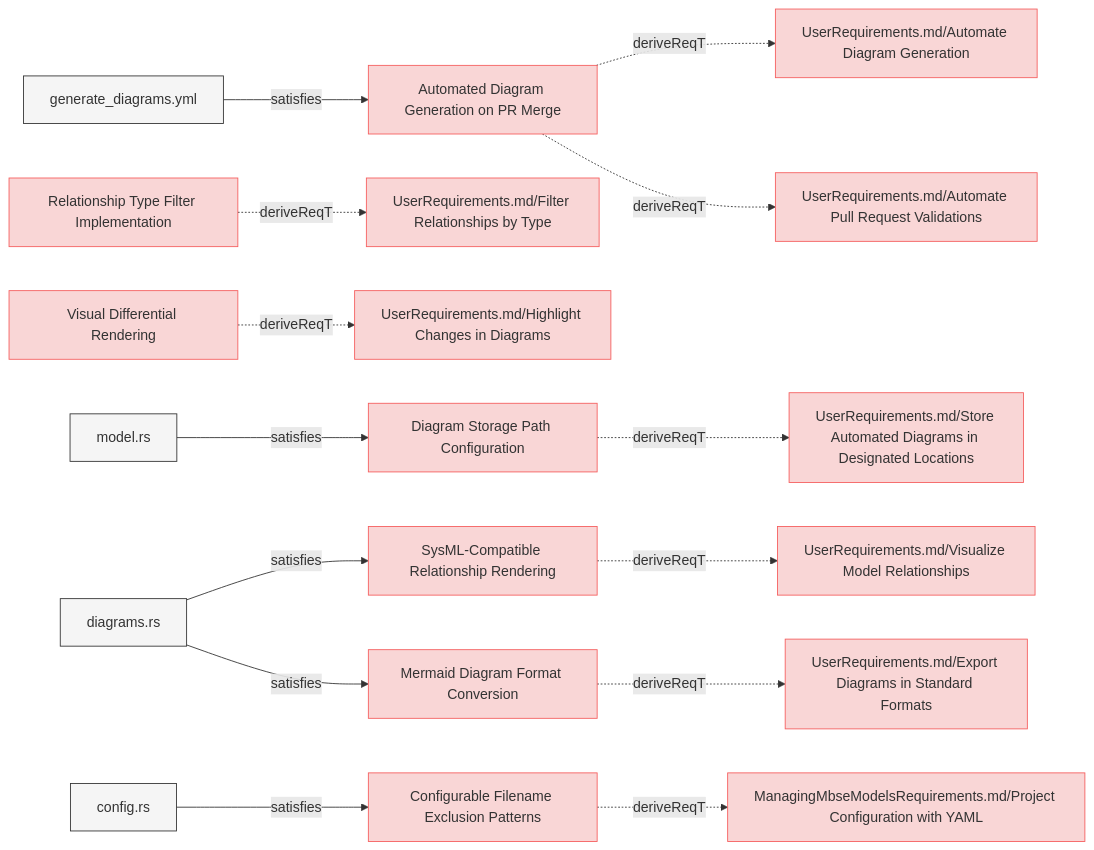
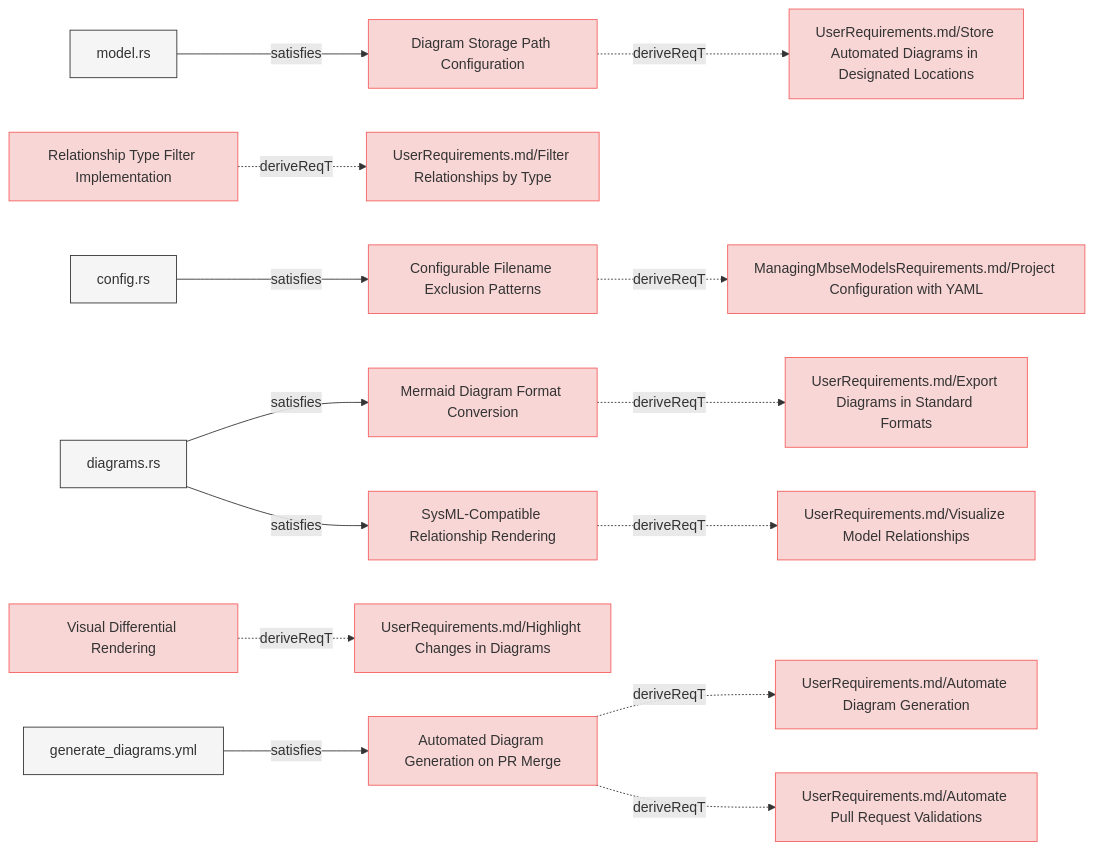
Before and after one commit to reqvire-org/reqvire: the fifth of 8 diagrams in specifications/SystemRequirements/Requirements.md, drawn with Mermaid. The commit also changed other lines of this file and 160 other files, not shown here.

````diff
--- a/specifications/SystemRequirements/Requirements.md
+++ b/specifications/SystemRequirements/Requirements.md
@@ -507,79 +507,79 @@
 ```mermaid
 graph LR;
   %% Graph styling
   classDef requirement fill:#f9d6d6,stroke:#f55f5f,stroke-width:1px;
   classDef verification fill:#d6f9d6,stroke:#5fd75f,stroke-width:1px;
   classDef externalLink fill:#d0e0ff,stroke:#3080ff,stroke-width:1px;
   classDef default fill:#f5f5f5,stroke:#333333,stroke-width:1px;
 
-  4b9934c3f9197112["Automated Diagram Generation on PR Merge"];
-  click 4b9934c3f9197112 "https://github.com/ilijaljubicic/ReqFlow/blob/73d5ae1d93adea71fdf4cc508be4d1ae09be068f/specifications/SystemRequirements/Requirements.md#automated-diagram-generation-on-pr-merge";
-  class 4b9934c3f9197112 requirement;
-  64be2a98bd80a653["UserRequirements.md/Automate Diagram Generation"];
-  class 64be2a98bd80a653 requirement;
-  click 64be2a98bd80a653 "https://github.com/ilijaljubicic/ReqFlow/blob/73d5ae1d93adea71fdf4cc508be4d1ae09be068f/specifications/UserRequirements.md#automate-diagram-generation";
-  4b9934c3f9197112 -.->|deriveReqT| 64be2a98bd80a653;
-  9f72b91320c287ce["UserRequirements.md/Automate Pull Request Validations"];
-  class 9f72b91320c287ce requirement;
-  click 9f72b91320c287ce "https://github.com/ilijaljubicic/ReqFlow/blob/73d5ae1d93adea71fdf4cc508be4d1ae09be068f/specifications/UserRequirements.md#automate-pull-request-validations";
-  4b9934c3f9197112 -.->|deriveReqT| 9f72b91320c287ce;
-  aae2507df9855ad7["generate_diagrams.yml"];
-  class aae2507df9855ad7 default;
-  click aae2507df9855ad7 "https://github.com/ilijaljubicic/ReqFlow/blob/73d5ae1d93adea71fdf4cc508be4d1ae09be068f/.github/workflows/generate_diagrams.yml";
-  aae2507df9855ad7 -->|satisfies| 4b9934c3f9197112;
-  2e9043121ac50be5["Relationship Type Filter Implementation"];
-  click 2e9043121ac50be5 "https://github.com/ilijaljubicic/ReqFlow/blob/73d5ae1d93adea71fdf4cc508be4d1ae09be068f/specifications/SystemRequirements/Requirements.md#relationship-type-filter-implementation";
-  class 2e9043121ac50be5 requirement;
-  aaa09eb94d160979["UserRequirements.md/Filter Relationships by Type"];
-  class aaa09eb94d160979 requirement;
-  click aaa09eb94d160979 "https://github.com/ilijaljubicic/ReqFlow/blob/73d5ae1d93adea71fdf4cc508be4d1ae09be068f/specifications/UserRequirements.md#filter-relationships-by-type";
-  2e9043121ac50be5 -.->|deriveReqT| aaa09eb94d160979;
-  a5a2bf1b85e49779["Visual Differential Rendering"];
-  click a5a2bf1b85e49779 "https://github.com/ilijaljubicic/ReqFlow/blob/73d5ae1d93adea71fdf4cc508be4d1ae09be068f/specifications/SystemRequirements/Requirements.md#visual-differential-rendering";
-  class a5a2bf1b85e49779 requirement;
-  d3a1b6b68298a744["UserRequirements.md/Highlight Changes in Diagrams"];
-  class d3a1b6b68298a744 requirement;
-  click d3a1b6b68298a744 "https://github.com/ilijaljubicic/ReqFlow/blob/73d5ae1d93adea71fdf4cc508be4d1ae09be068f/specifications/UserRequirements.md#highlight-changes-in-diagrams";
-  a5a2bf1b85e49779 -.->|deriveReqT| d3a1b6b68298a744;
-  912d4893486223cd["Diagram Storage Path Configuration"];
-  click 912d4893486223cd "https://github.com/ilijaljubicic/ReqFlow/blob/73d5ae1d93adea71fdf4cc508be4d1ae09be068f/specifications/SystemRequirements/Requirements.md#diagram-storage-path-configuration";
-  class 912d4893486223cd requirement;
-  e5f8f9f127a22da["UserRequirements.md/Store Automated Diagrams in Designated Locations"];
-  class e5f8f9f127a22da requirement;
-  click e5f8f9f127a22da "https://github.com/ilijaljubicic/ReqFlow/blob/73d5ae1d93adea71fdf4cc508be4d1ae09be068f/specifications/UserRequirements.md#store-automated-diagrams-in-designated-locations";
-  912d4893486223cd -.->|deriveReqT| e5f8f9f127a22da;
-  9efd257c4e6a45f9["model.rs"];
-  class 9efd257c4e6a45f9 default;
-  click 9efd257c4e6a45f9 "https://github.com/ilijaljubicic/ReqFlow/blob/73d5ae1d93adea71fdf4cc508be4d1ae09be068f/core/src/model.rs";
-  9efd257c4e6a45f9 -->|satisfies| 912d4893486223cd;
-  1c32c7c37cb489ec["SysML-Compatible Relationship Rendering"];
-  click 1c32c7c37cb489ec "https://github.com/ilijaljubicic/ReqFlow/blob/73d5ae1d93adea71fdf4cc508be4d1ae09be068f/specifications/SystemRequirements/Requirements.md#sysml-compatible-relationship-rendering";
-  class 1c32c7c37cb489ec requirement;
-  37611ee8059e0f03["UserRequirements.md/Visualize Model Relationships"];
-  class 37611ee8059e0f03 requirement;
-  click 37611ee8059e0f03 "https://github.com/ilijaljubicic/ReqFlow/blob/73d5ae1d93adea71fdf4cc508be4d1ae09be068f/specifications/UserRequirements.md#visualize-model-relationships";
-  1c32c7c37cb489ec -.->|deriveReqT| 37611ee8059e0f03;
-  3e6a4a60e7534058["diagrams.rs"];
-  class 3e6a4a60e7534058 default;
-  click 3e6a4a60e7534058 "https://github.com/ilijaljubicic/ReqFlow/blob/73d5ae1d93adea71fdf4cc508be4d1ae09be068f/core/src/diagrams.rs";
-  3e6a4a60e7534058 -->|satisfies| 1c32c7c37cb489ec;
-  348451e9313c44a3["Configurable Filename Exclusion Patterns"];
-  click 348451e9313c44a3 "https://github.com/ilijaljubicic/ReqFlow/blob/73d5ae1d93adea71fdf4cc508be4d1ae09be068f/specifications/SystemRequirements/Requirements.md#configurable-filename-exclusion-patterns";
-  class 348451e9313c44a3 requirement;
-  afba6897082c7c6a["ManagingMbseModelsRequirements.md/Project Configuration with YAML"];
-  class afba6897082c7c6a requirement;
-  click afba6897082c7c6a "https://github.com/ilijaljubicic/ReqFlow/blob/73d5ae1d93adea71fdf4cc508be4d1ae09be068f/specifications/ManagingMbseModelsRequirements.md#project-configuration-with-yaml";
-  348451e9313c44a3 -.->|deriveReqT| afba6897082c7c6a;
-  638f8a9a3383f12d["config.rs"];
-  class 638f8a9a3383f12d default;
-  click 638f8a9a3383f12d "https://github.com/ilijaljubicic/ReqFlow/blob/73d5ae1d93adea71fdf4cc508be4d1ae09be068f/cli/src/config.rs";
-  638f8a9a3383f12d -->|satisfies| 348451e9313c44a3;
-  6ece3acb30e93c6a["Mermaid Diagram Format Conversion"];
-  click 6ece3acb30e93c6a "https://github.com/ilijaljubicic/ReqFlow/blob/73d5ae1d93adea71fdf4cc508be4d1ae09be068f/specifications/SystemRequirements/Requirements.md#mermaid-diagram-format-conversion";
-  class 6ece3acb30e93c6a requirement;
-  3e72f83cabd0bad8["UserRequirements.md/Export Diagrams in Standard Formats"];
-  class 3e72f83cabd0bad8 requirement;
-  click 3e72f83cabd0bad8 "https://github.com/ilijaljubicic/ReqFlow/blob/73d5ae1d93adea71fdf4cc508be4d1ae09be068f/specifications/UserRequirements.md#export-diagrams-in-standard-formats";
-  6ece3acb30e93c6a -.->|deriveReqT| 3e72f83cabd0bad8;
-  3e6a4a60e7534058 -->|satisfies| 6ece3acb30e93c6a;
+  c35d39c7f9e6808b["Diagram Storage Path Configuration"];
+  click c35d39c7f9e6808b "https://github.com/ilijaljubicic/Reqvire/blob/8a68ca1eab81bac7964085e47777a0a92447c6a5/specifications/SystemRequirements/Requirements.md#diagram-storage-path-configuration";
+  class c35d39c7f9e6808b requirement;
+  9276544d5ee17790["UserRequirements.md/Store Automated Diagrams in Designated Locations"];
+  class 9276544d5ee17790 requirement;
+  click 9276544d5ee17790 "https://github.com/ilijaljubicic/Reqvire/blob/8a68ca1eab81bac7964085e47777a0a92447c6a5/specifications/UserRequirements.md#store-automated-diagrams-in-designated-locations";
+  c35d39c7f9e6808b -.->|deriveReqT| 9276544d5ee17790;
+  2671722513a08b18["model.rs"];
+  class 2671722513a08b18 default;
+  click 2671722513a08b18 "https://github.com/ilijaljubicic/Reqvire/blob/8a68ca1eab81bac7964085e47777a0a92447c6a5/core/src/model.rs";
+  2671722513a08b18 -->|satisfies| c35d39c7f9e6808b;
+  5c774c80f071101f["Relationship Type Filter Implementation"];
+  click 5c774c80f071101f "https://github.com/ilijaljubicic/Reqvire/blob/8a68ca1eab81bac7964085e47777a0a92447c6a5/specifications/SystemRequirements/Requirements.md#relationship-type-filter-implementation";
+  class 5c774c80f071101f requirement;
+  f3450185979ff229["UserRequirements.md/Filter Relationships by Type"];
+  class f3450185979ff229 requirement;
+  click f3450185979ff229 "https://github.com/ilijaljubicic/Reqvire/blob/8a68ca1eab81bac7964085e47777a0a92447c6a5/specifications/UserRequirements.md#filter-relationships-by-type";
+  5c774c80f071101f -.->|deriveReqT| f3450185979ff229;
+  6f822bdd8c71c7c8["Configurable Filename Exclusion Patterns"];
+  click 6f822bdd8c71c7c8 "https://github.com/ilijaljubicic/Reqvire/blob/8a68ca1eab81bac7964085e47777a0a92447c6a5/specifications/SystemRequirements/Requirements.md#configurable-filename-exclusion-patterns";
+  class 6f822bdd8c71c7c8 requirement;
+  fbe7e0d3b82611ef["ManagingMbseModelsRequirements.md/Project Configuration with YAML"];
+  class fbe7e0d3b82611ef requirement;
+  click fbe7e0d3b82611ef "https://github.com/ilijaljubicic/Reqvire/blob/8a68ca1eab81bac7964085e47777a0a92447c6a5/specifications/ManagingMbseModelsRequirements.md#project-configuration-with-yaml";
+  6f822bdd8c71c7c8 -.->|deriveReqT| fbe7e0d3b82611ef;
+  72abc04ae358293a["config.rs"];
+  class 72abc04ae358293a default;
+  click 72abc04ae358293a "https://github.com/ilijaljubicic/Reqvire/blob/8a68ca1eab81bac7964085e47777a0a92447c6a5/cli/src/config.rs";
+  72abc04ae358293a -->|satisfies| 6f822bdd8c71c7c8;
+  1d5464f20f10765e["Mermaid Diagram Format Conversion"];
+  click 1d5464f20f10765e "https://github.com/ilijaljubicic/Reqvire/blob/8a68ca1eab81bac7964085e47777a0a92447c6a5/specifications/SystemRequirements/Requirements.md#mermaid-diagram-format-conversion";
+  class 1d5464f20f10765e requirement;
+  ff7932724ee600f1["UserRequirements.md/Export Diagrams in Standard Formats"];
+  class ff7932724ee600f1 requirement;
+  click ff7932724ee600f1 "https://github.com/ilijaljubicic/Reqvire/blob/8a68ca1eab81bac7964085e47777a0a92447c6a5/specifications/UserRequirements.md#export-diagrams-in-standard-formats";
+  1d5464f20f10765e -.->|deriveReqT| ff7932724ee600f1;
+  e29a97d68903e7bb["diagrams.rs"];
+  class e29a97d68903e7bb default;
+  click e29a97d68903e7bb "https://github.com/ilijaljubicic/Reqvire/blob/8a68ca1eab81bac7964085e47777a0a92447c6a5/core/src/diagrams.rs";
+  e29a97d68903e7bb -->|satisfies| 1d5464f20f10765e;
+  273cce972e603178["Automated Diagram Generation on PR Merge"];
+  click 273cce972e603178 "https://github.com/ilijaljubicic/Reqvire/blob/8a68ca1eab81bac7964085e47777a0a92447c6a5/specifications/SystemRequirements/Requirements.md#automated-diagram-generation-on-pr-merge";
+  class 273cce972e603178 requirement;
+  4d4dad9ce307fade["UserRequirements.md/Automate Diagram Generation"];
+  class 4d4dad9ce307fade requirement;
+  click 4d4dad9ce307fade "https://github.com/ilijaljubicic/Reqvire/blob/8a68ca1eab81bac7964085e47777a0a92447c6a5/specifications/UserRequirements.md#automate-diagram-generation";
+  273cce972e603178 -.->|deriveReqT| 4d4dad9ce307fade;
+  323a6281f4383168["UserRequirements.md/Automate Pull Request Validations"];
+  class 323a6281f4383168 requirement;
+  click 323a6281f4383168 "https://github.com/ilijaljubicic/Reqvire/blob/8a68ca1eab81bac7964085e47777a0a92447c6a5/specifications/UserRequirements.md#automate-pull-request-validations";
+  273cce972e603178 -.->|deriveReqT| 323a6281f4383168;
+  6699836c9fa45af6["generate_diagrams.yml"];
+  class 6699836c9fa45af6 default;
+  click 6699836c9fa45af6 "https://github.com/ilijaljubicic/Reqvire/blob/8a68ca1eab81bac7964085e47777a0a92447c6a5/.github/workflows/generate_diagrams.yml";
+  6699836c9fa45af6 -->|satisfies| 273cce972e603178;
+  4512593c8e0cc8ae["Visual Differential Rendering"];
+  click 4512593c8e0cc8ae "https://github.com/ilijaljubicic/Reqvire/blob/8a68ca1eab81bac7964085e47777a0a92447c6a5/specifications/SystemRequirements/Requirements.md#visual-differential-rendering";
+  class 4512593c8e0cc8ae requirement;
+  efa8bb8c8484bb40["UserRequirements.md/Highlight Changes in Diagrams"];
+  class efa8bb8c8484bb40 requirement;
+  click efa8bb8c8484bb40 "https://github.com/ilijaljubicic/Reqvire/blob/8a68ca1eab81bac7964085e47777a0a92447c6a5/specifications/UserRequirements.md#highlight-changes-in-diagrams";
+  4512593c8e0cc8ae -.->|deriveReqT| efa8bb8c8484bb40;
+  b7e7ff82d313249["SysML-Compatible Relationship Rendering"];
+  click b7e7ff82d313249 "https://github.com/ilijaljubicic/Reqvire/blob/8a68ca1eab81bac7964085e47777a0a92447c6a5/specifications/SystemRequirements/Requirements.md#sysml-compatible-relationship-rendering";
+  class b7e7ff82d313249 requirement;
+  e98d18ae3a41815a["UserRequirements.md/Visualize Model Relationships"];
+  class e98d18ae3a41815a requirement;
+  click e98d18ae3a41815a "https://github.com/ilijaljubicic/Reqvire/blob/8a68ca1eab81bac7964085e47777a0a92447c6a5/specifications/UserRequirements.md#visualize-model-relationships";
+  b7e7ff82d313249 -.->|deriveReqT| e98d18ae3a41815a;
+  e29a97d68903e7bb -->|satisfies| b7e7ff82d313249;
 ```
````
